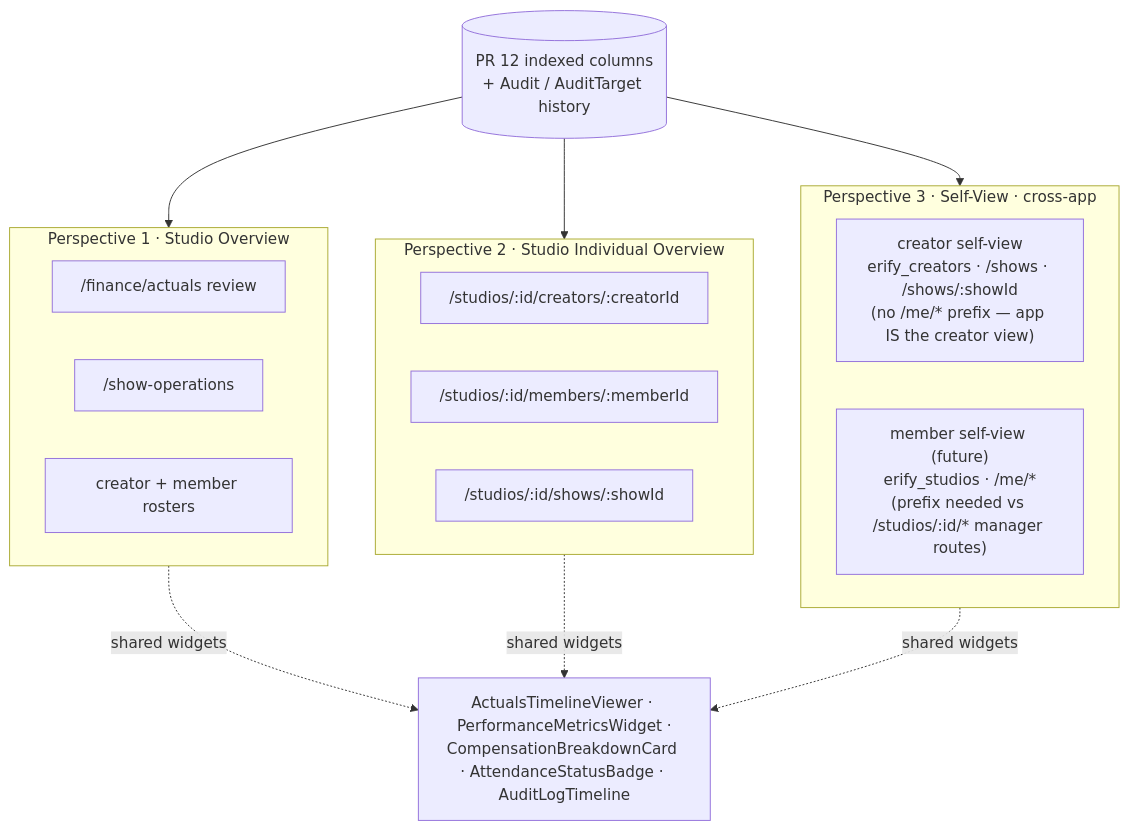
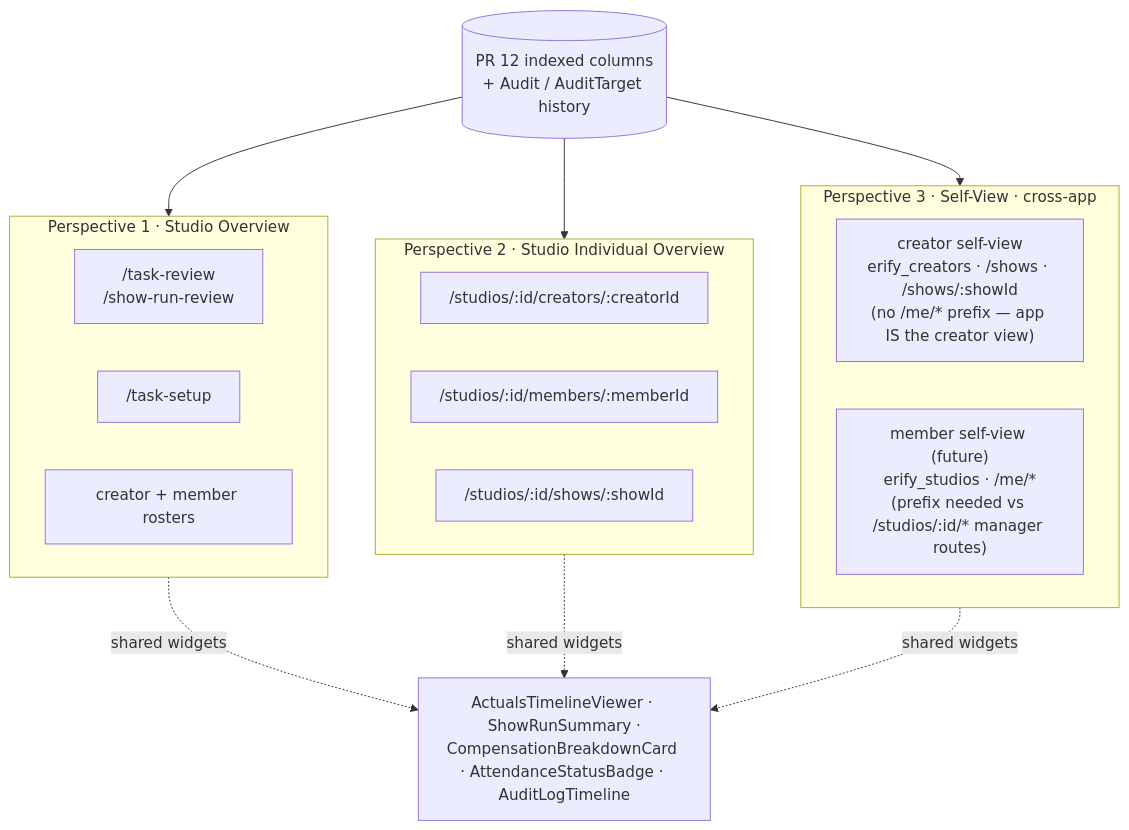
Before and after one commit to allenlin90/eridu-services: the diagram in docs/prd/task-fact-binding.md, drawn with Mermaid. The commit also changed other lines of this file and 44 other files, not shown here.

First line of the commit message:
[codex] Add operations review foundation (#108)

````diff
--- a/docs/prd/task-fact-binding.md
+++ b/docs/prd/task-fact-binding.md
@@ -86,29 +86,29 @@
 ```mermaid
 flowchart TB
     DATA[(PR 12 indexed columns<br/>+ Audit / AuditTarget history)]
 
     subgraph P1[Perspective 1 · Studio Overview]
-        P1A["/finance/actuals review"]
-        P1B["/show-operations"]
+        P1A["/task-review<br/>/show-run-review"]
+        P1B["/task-setup"]
         P1C["creator + member rosters"]
     end
 
     subgraph P2[Perspective 2 · Studio Individual Overview]
         P2A["/studios/:id/creators/:creatorId"]
         P2B["/studios/:id/members/:memberId"]
         P2C["/studios/:id/shows/:showId"]
     end
 
     subgraph P3[Perspective 3 · Self-View · cross-app]
         P3A["creator self-view<br/>erify_creators · /shows · /shows/:showId<br/>(no /me/* prefix — app IS the creator view)"]
         P3B["member self-view (future)<br/>erify_studios · /me/*<br/>(prefix needed vs /studios/:id/* manager routes)"]
     end
 
     DATA --> P1
     DATA --> P2
     DATA --> P3
 
-    P1 -. shared widgets .-> W[ActualsTimelineViewer · PerformanceMetricsWidget ·<br/>CompensationBreakdownCard · AttendanceStatusBadge · AuditLogTimeline]
+    P1 -. shared widgets .-> W[ActualsTimelineViewer · ShowRunSummary ·<br/>CompensationBreakdownCard · AttendanceStatusBadge · AuditLogTimeline]
     P2 -. shared widgets .-> W
     P3 -. shared widgets .-> W
 ```
````
